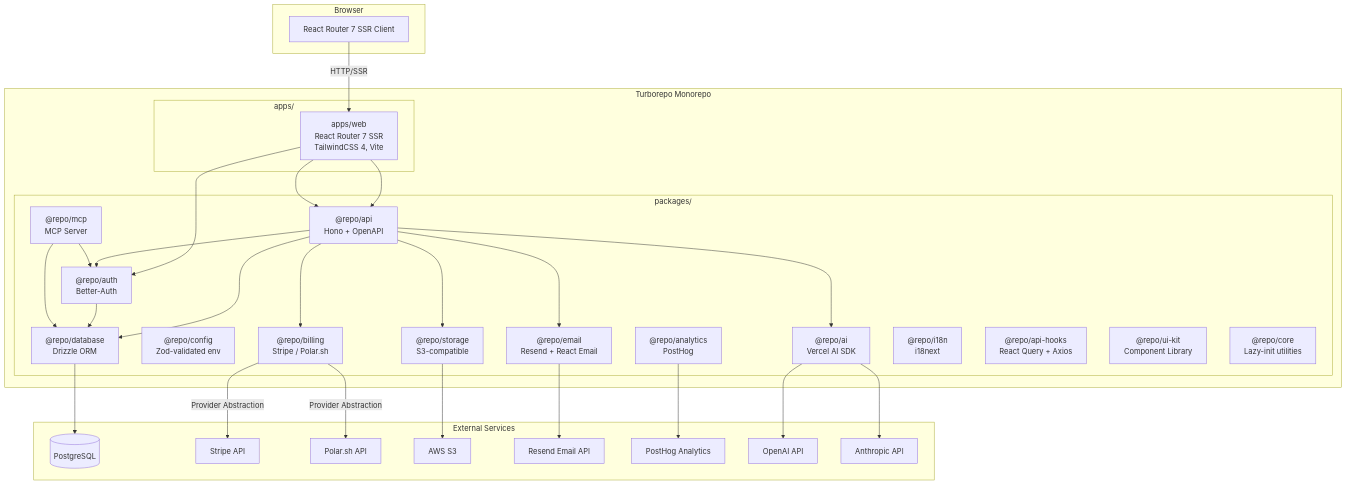
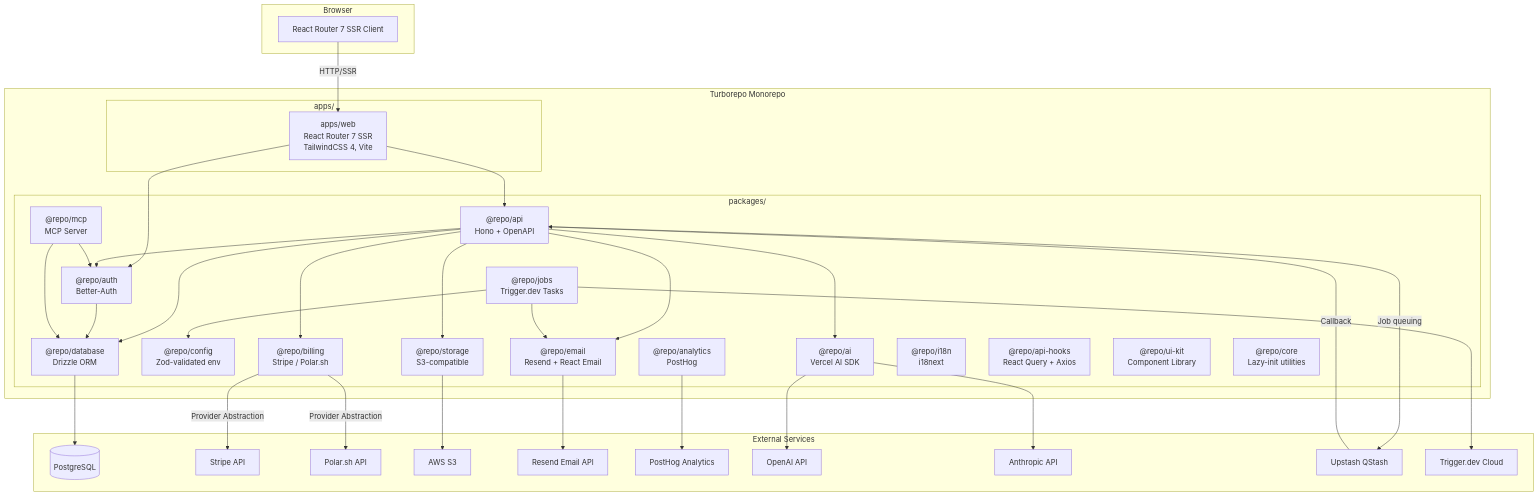
Before and after one commit to launchapp-dev/invoicer: the diagram in knowledge/architecture/saas-template-system.md, drawn with Mermaid. The commit also changed other lines of this file and 3 other files, not shown here.

First line of the commit message:
Refresh SaaS template architecture diagrams for jobs package addition (TASK-073) (#55)

````diff
--- a/knowledge/architecture/saas-template-system.md
+++ b/knowledge/architecture/saas-template-system.md
@@ -19,62 +19,69 @@
 ```mermaid
 graph TD
     subgraph Browser
         CLIENT[React Router 7 SSR Client]
     end
 
     subgraph "Turborepo Monorepo"
         subgraph "apps/"
             WEB["apps/web<br/>React Router 7 SSR<br/>TailwindCSS 4, Vite"]
         end
 
         subgraph "packages/"
             API["@repo/api<br/>Hono + OpenAPI"]
             AUTH["@repo/auth<br/>Better-Auth"]
             DB["@repo/database<br/>Drizzle ORM"]
             CONFIG["@repo/config<br/>Zod-validated env"]
             BILLING["@repo/billing<br/>Stripe / Polar.sh"]
             AI["@repo/ai<br/>Vercel AI SDK"]
             EMAIL["@repo/email<br/>Resend + React Email"]
             STORAGE["@repo/storage<br/>S3-compatible"]
             ANALYTICS["@repo/analytics<br/>PostHog"]
             I18N["@repo/i18n<br/>i18next"]
             APIHOOKS["@repo/api-hooks<br/>React Query + Axios"]
             MCP["@repo/mcp<br/>MCP Server"]
             UIKIT["@repo/ui-kit<br/>Component Library"]
             CORE["@repo/core<br/>Lazy-init utilities"]
+            JOBS["@repo/jobs<br/>Trigger.dev Tasks"]
         end
     end
 
     subgraph "External Services"
         PG[(PostgreSQL)]
         STRIPE[Stripe API]
         POLAR[Polar.sh API]
         S3[AWS S3]
         RESEND[Resend Email API]
         POSTHOG[PostHog Analytics]
         OPENAI[OpenAI API]
         ANTHROPIC[Anthropic API]
+        QSTASH[Upstash QStash]
+        TRIGGERDEV[Trigger.dev Cloud]
     end
 
     CLIENT -->|HTTP/SSR| WEB
     WEB --> API
     WEB --> AUTH
-    WEB --> API
     API --> AUTH
     API --> DB
     API --> BILLING
     API --> AI
     API --> STORAGE
+    API -->|Job queuing| QSTASH
+    QSTASH -->|Callback| API
     AUTH --> DB
     DB --> PG
     BILLING -->|Provider Abstraction| STRIPE
     BILLING -->|Provider Abstraction| POLAR
     EMAIL --> RESEND
     STORAGE --> S3
     ANALYTICS --> POSTHOG
     AI --> OPENAI
     AI --> ANTHROPIC
     MCP --> AUTH
     MCP --> DB
     API --> EMAIL
+    JOBS --> EMAIL
+    JOBS --> CONFIG
+    JOBS --> TRIGGERDEV
 ```
````
